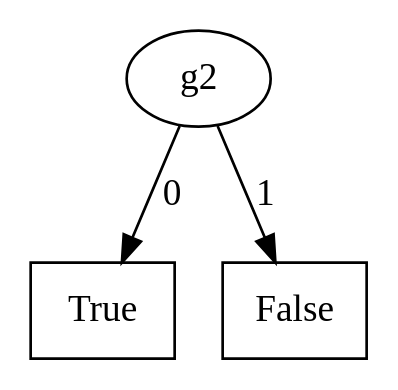
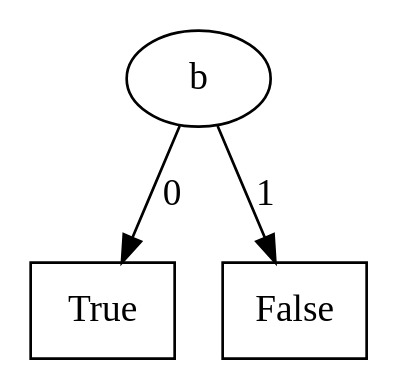
One commit to lputruele/tesis changed the diagram in Mu-calculus_model_checker/f2.dot. Above: the diagram before and after it, drawn with Graphviz. The commit also changed 30 other files, not shown here.

```diff
--- a/Mu-calculus_model_checker/f2.dot
+++ b/Mu-calculus_model_checker/f2.dot
@@ -1,15 +1,15 @@
 digraph BDD {
 node[shape=oval];
-2[label="g2"];
+2[label="b"];
 node[shape=rectangle];
 1[label=True];
 node[shape=oval];
 
 2->1[label=0];
 node[shape=rectangle];
 0[label=False];
 node[shape=oval];
 
 2->0[label=1];
 
 }
```
